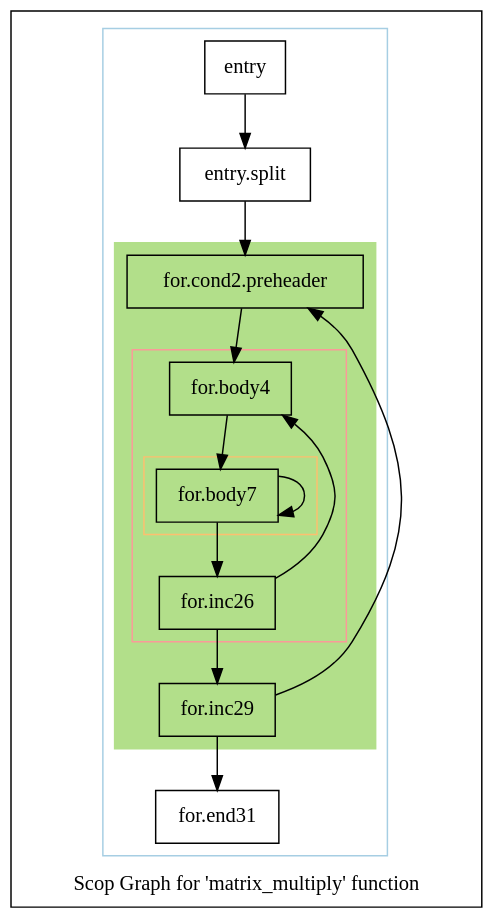
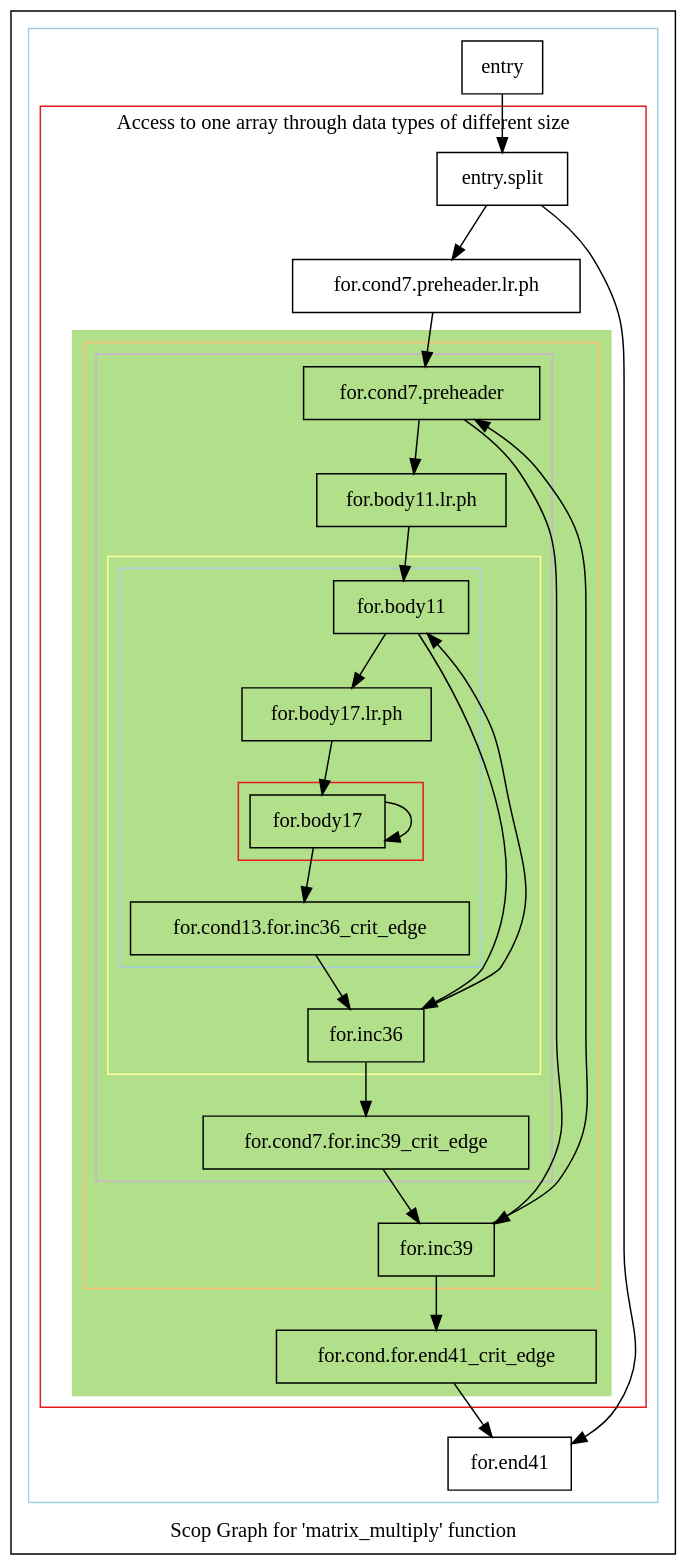
Before and after one commit to samminweng/WhileyOpenCL: the diagram in polly/MatrixMult/impl/handwritten2/dot-only/scopsonly.matrix_multiply.dot, drawn with Graphviz. The commit also changed 44 other files, not shown here.

```diff
--- a/polly/MatrixMult/impl/handwritten2/dot-only/scopsonly.matrix_multiply.dot
+++ b/polly/MatrixMult/impl/handwritten2/dot-only/scopsonly.matrix_multiply.dot
@@ -1,50 +1,91 @@
 digraph "Scop Graph for 'matrix_multiply' function" {
 	label="Scop Graph for 'matrix_multiply' function";
 
-	Node0x6a81260 [shape=record,label="{entry}"];
-	Node0x6a81260 -> Node0x6a85b10;
-	Node0x6a85b10 [shape=record,label="{entry.split}"];
-	Node0x6a85b10 -> Node0x6a85280;
-	Node0x6a85280 [shape=record,label="{for.cond2.preheader}"];
-	Node0x6a85280 -> Node0x6a8cf30;
-	Node0x6a8cf30 [shape=record,label="{for.body4}"];
-	Node0x6a8cf30 -> Node0x6a8cf50;
-	Node0x6a8cf50 [shape=record,label="{for.body7}"];
-	Node0x6a8cf50 -> Node0x6a8cf50[constraint=false];
-	Node0x6a8cf50 -> Node0x6a8bbf0;
-	Node0x6a8bbf0 [shape=record,label="{for.inc26}"];
-	Node0x6a8bbf0 -> Node0x6a8cf30[constraint=false];
-	Node0x6a8bbf0 -> Node0x6a8bc10;
-	Node0x6a8bc10 [shape=record,label="{for.inc29}"];
-	Node0x6a8bc10 -> Node0x6a85280[constraint=false];
-	Node0x6a8bc10 -> Node0x6a8d100;
-	Node0x6a8d100 [shape=record,label="{for.end31}"];
+	Node0x5bb4db0 [shape=record,label="{entry}"];
+	Node0x5bb4db0 -> Node0x5bbb770;
+	Node0x5bbb770 [shape=record,label="{entry.split}"];
+	Node0x5bbb770 -> Node0x5bb2c80;
+	Node0x5bbb770 -> Node0x5bb2ca0;
+	Node0x5bb2c80 [shape=record,label="{for.cond7.preheader.lr.ph}"];
+	Node0x5bb2c80 -> Node0x5bb9440;
+	Node0x5bb9440 [shape=record,label="{for.cond7.preheader}"];
+	Node0x5bb9440 -> Node0x5bb3330;
+	Node0x5bb9440 -> Node0x5bbc060;
+	Node0x5bb3330 [shape=record,label="{for.body11.lr.ph}"];
+	Node0x5bb3330 -> Node0x5bb9360;
+	Node0x5bb9360 [shape=record,label="{for.body11}"];
+	Node0x5bb9360 -> Node0x5bb9380;
+	Node0x5bb9360 -> Node0x5bb93a0;
+	Node0x5bb9380 [shape=record,label="{for.body17.lr.ph}"];
+	Node0x5bb9380 -> Node0x5bb99a0;
+	Node0x5bb99a0 [shape=record,label="{for.body17}"];
+	Node0x5bb99a0 -> Node0x5bb99a0[constraint=false];
+	Node0x5bb99a0 -> Node0x5bb9a00;
+	Node0x5bb9a00 [shape=record,label="{for.cond13.for.inc36_crit_edge}"];
+	Node0x5bb9a00 -> Node0x5bb93a0;
+	Node0x5bb93a0 [shape=record,label="{for.inc36}"];
+	Node0x5bb93a0 -> Node0x5bb9360[constraint=false];
+	Node0x5bb93a0 -> Node0x5bb9a20;
+	Node0x5bb9a20 [shape=record,label="{for.cond7.for.inc39_crit_edge}"];
+	Node0x5bb9a20 -> Node0x5bbc060;
+	Node0x5bbc060 [shape=record,label="{for.inc39}"];
+	Node0x5bbc060 -> Node0x5bb9440[constraint=false];
+	Node0x5bbc060 -> Node0x5bc3770;
+	Node0x5bc3770 [shape=record,label="{for.cond.for.end41_crit_edge}"];
+	Node0x5bc3770 -> Node0x5bb2ca0;
+	Node0x5bb2ca0 [shape=record,label="{for.end41}"];
 	colorscheme = "paired12"
-        subgraph cluster_0x6a61160 {
+        subgraph cluster_0x5b915f0 {
           label = "";
           style = solid;
           color = 1
-          subgraph cluster_0x6a81350 {
-            label = "";
-            style = filled;
-            color = 3            subgraph cluster_0x6a611e0 {
+          subgraph cluster_0x5bb3490 {
+            label = "Access to one array through data types of different size";
+            style = solid;
+            color = 6
+            subgraph cluster_0x5bb4910 {
               label = "";
-              style = solid;
-              color = 5
-              subgraph cluster_0x6a80ec0 {
+              style = filled;
+              color = 3              subgraph cluster_0x5bb3410 {
                 label = "";
                 style = solid;
                 color = 7
-                Node0x6a8cf50;
+                subgraph cluster_0x5bb3390 {
+                  label = "";
+                  style = solid;
+                  color = 9
+                  subgraph cluster_0x5b91770 {
+                    label = "";
+                    style = solid;
+                    color = 11
+                    subgraph cluster_0x5b916f0 {
+                      label = "";
+                      style = solid;
+                      color = 1
+                      subgraph cluster_0x5b91670 {
+                        label = "";
+                        style = solid;
+                        color = 6
+                        Node0x5bb99a0;
+                      }
+                      Node0x5bb9360;
+                      Node0x5bb9380;
+                      Node0x5bb9a00;
+                    }
+                    Node0x5bb93a0;
+                  }
+                  Node0x5bb9440;
+                  Node0x5bb3330;
+                  Node0x5bb9a20;
+                }
+                Node0x5bbc060;
               }
-              Node0x6a8cf30;
-              Node0x6a8bbf0;
+              Node0x5bc3770;
             }
-            Node0x6a85280;
-            Node0x6a8bc10;
+            Node0x5bbb770;
+            Node0x5bb2c80;
           }
-          Node0x6a81260;
-          Node0x6a85b10;
-          Node0x6a8d100;
+          Node0x5bb4db0;
+          Node0x5bb2ca0;
         }
 }
```
